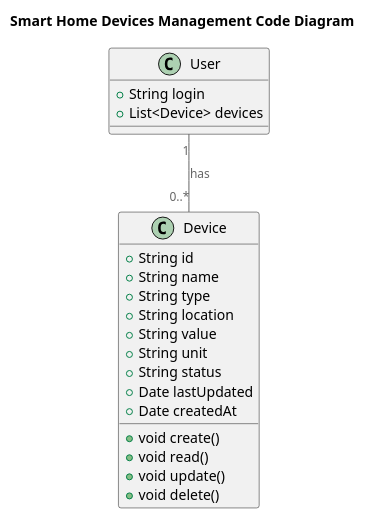
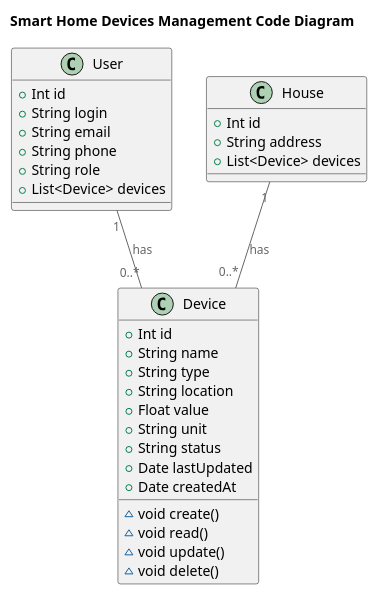
One commit to mironsv/architecture-warmhouse changed the diagram in diagrams/code/crud_device_conroller.puml. Above: the diagram before and after it, drawn with PlantUML. The commit also changed 3 other files, not shown here.

Commit message:
Task 3 Add ER diagram

```diff
--- a/diagrams/code/crud_device_conroller.puml
+++ b/diagrams/code/crud_device_conroller.puml
@@ -1,29 +1,40 @@
 @startuml crud_device_conroller
 title Smart Home Devices Management Code Diagram
 
 !includeurl https://raw.githubusercontent.com/RicardoNiepel/C4-PlantUML/master/C4_Component.puml
 
 class User {
+  +Int id
   +String login
+  +String email
+  +String phone
+  +String role
+  +List<Device> devices
+}
+
+class House {
+  +Int id
+  +String address
   +List<Device> devices
 }
 
 class Device {
-  +String id
+  +Int id
   +String name
   +String type
   +String location
-  +String value
+  +Float value
   +String unit
   +String status
   +Date lastUpdated
   +Date createdAt
-  +void create()
-  +void read()
-  +void update()
-  +void delete()
+  ~void create()
+  ~void read()
+  ~void update()
+  ~void delete()
 }
 
 User "1" -- "0..*" Device : has
+House "1" -- "0..*" Device : has
 
 @enduml
```
